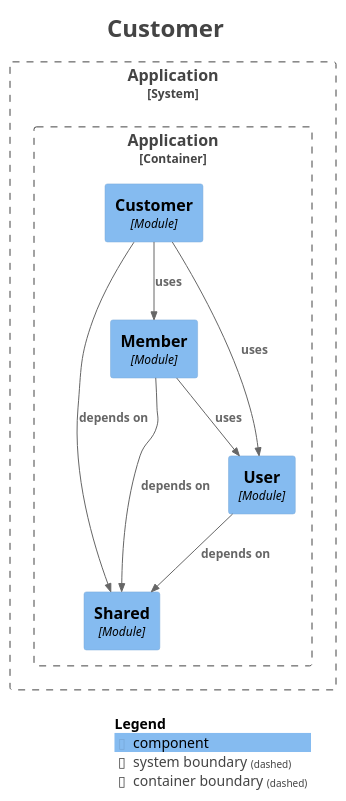
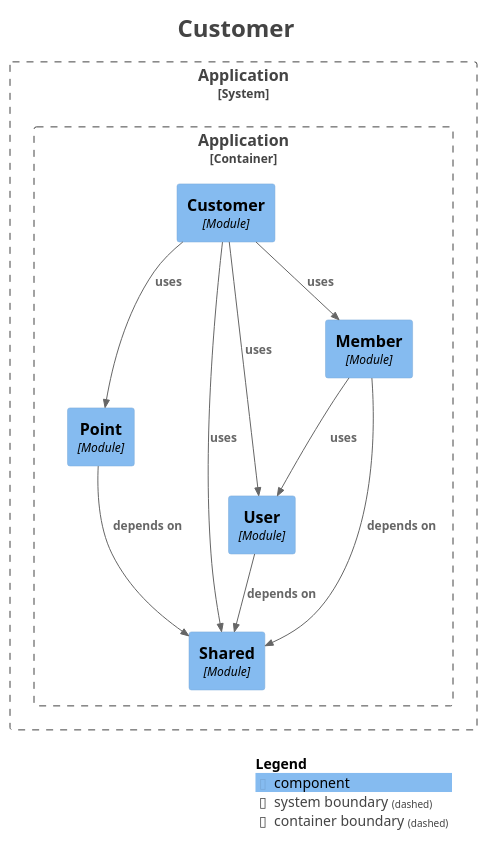
The diagram in backend/docs/modulith/module-customer.puml (kanghouchao/Kizuna), drawn with PlantUML before and after one commit. The commit also changed 93 other files, not shown here.

```diff
--- a/backend/docs/modulith/module-customer.puml
+++ b/backend/docs/modulith/module-customer.puml
@@ -1,37 +1,40 @@
 @startuml
 title <size:24>Customer</size>
 
 set separator none
 top to bottom direction
 
 <style>
   root {
     BackgroundColor: #ffffff
     FontColor: #444444
   }
 </style>
 
 !include <C4/C4>
 !include <C4/C4_Context>
 !include <C4/C4_Component>
 
 System_Boundary("Application_boundary", "Application", $tags="") {
   Container_Boundary("Application.Application_boundary", "Application", $tags="") {
+    Component(Application.Application.Point, "Point", $techn="Module", $descr="", $tags="", $link="")
     Component(Application.Application.Customer, "Customer", $techn="Module", $descr="", $tags="", $link="")
     Component(Application.Application.Shared, "Shared", $techn="Module", $descr="", $tags="", $link="")
     Component(Application.Application.User, "User", $techn="Module", $descr="", $tags="", $link="")
     Component(Application.Application.Member, "Member", $techn="Module", $descr="", $tags="", $link="")
   }
 
 }
 
+Rel(Application.Application.Customer, Application.Application.Member, "uses", $techn="", $tags="", $link="")
+Rel(Application.Application.Customer, Application.Application.User, "uses", $techn="", $tags="", $link="")
+Rel(Application.Application.Customer, Application.Application.Point, "uses", $techn="", $tags="", $link="")
+Rel(Application.Application.Customer, Application.Application.Shared, "uses", $techn="", $tags="", $link="")
 Rel(Application.Application.Member, Application.Application.Shared, "depends on", $techn="", $tags="", $link="")
 Rel(Application.Application.Member, Application.Application.User, "uses", $techn="", $tags="", $link="")
-Rel(Application.Application.Customer, Application.Application.Shared, "depends on", $techn="", $tags="", $link="")
-Rel(Application.Application.Customer, Application.Application.Member, "uses", $techn="", $tags="", $link="")
-Rel(Application.Application.Customer, Application.Application.User, "uses", $techn="", $tags="", $link="")
 Rel(Application.Application.User, Application.Application.Shared, "depends on", $techn="", $tags="", $link="")
+Rel(Application.Application.Point, Application.Application.Shared, "depends on", $techn="", $tags="", $link="")
 
 SHOW_LEGEND(true)
 hide stereotypes
 @enduml
```
